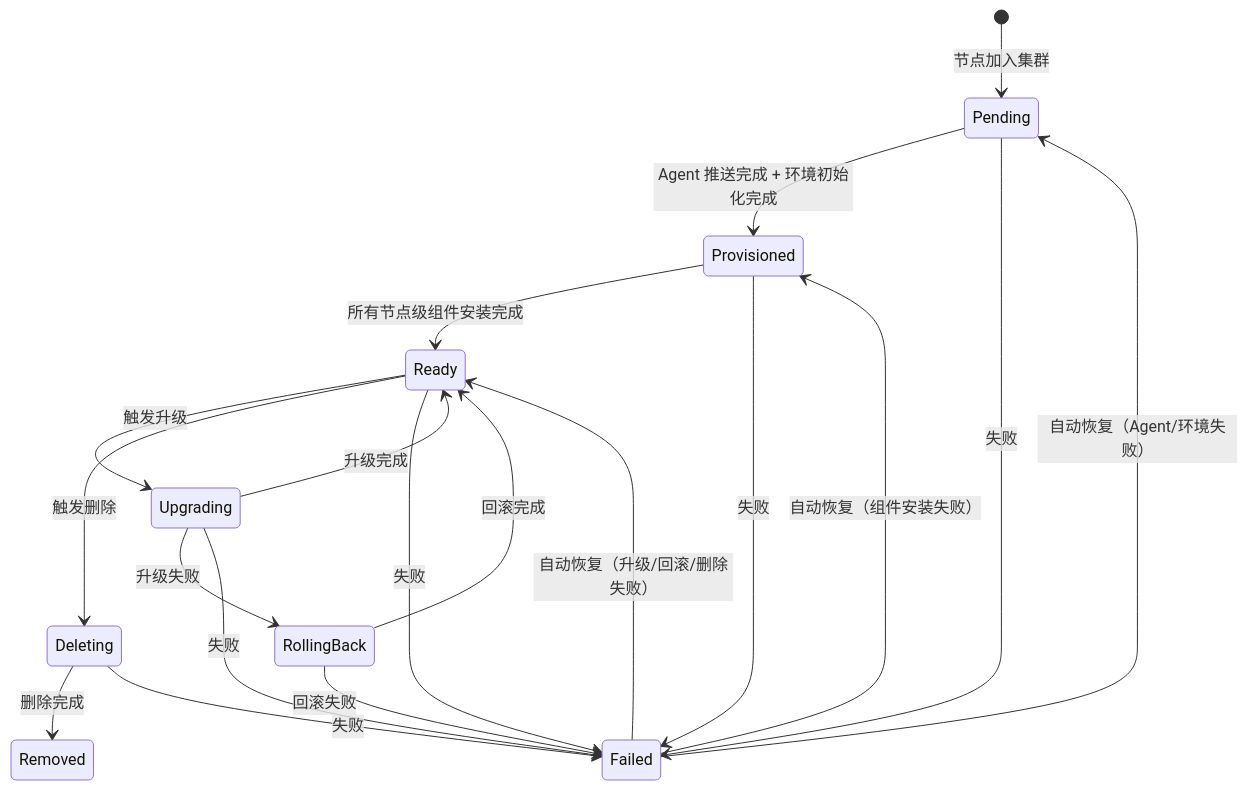
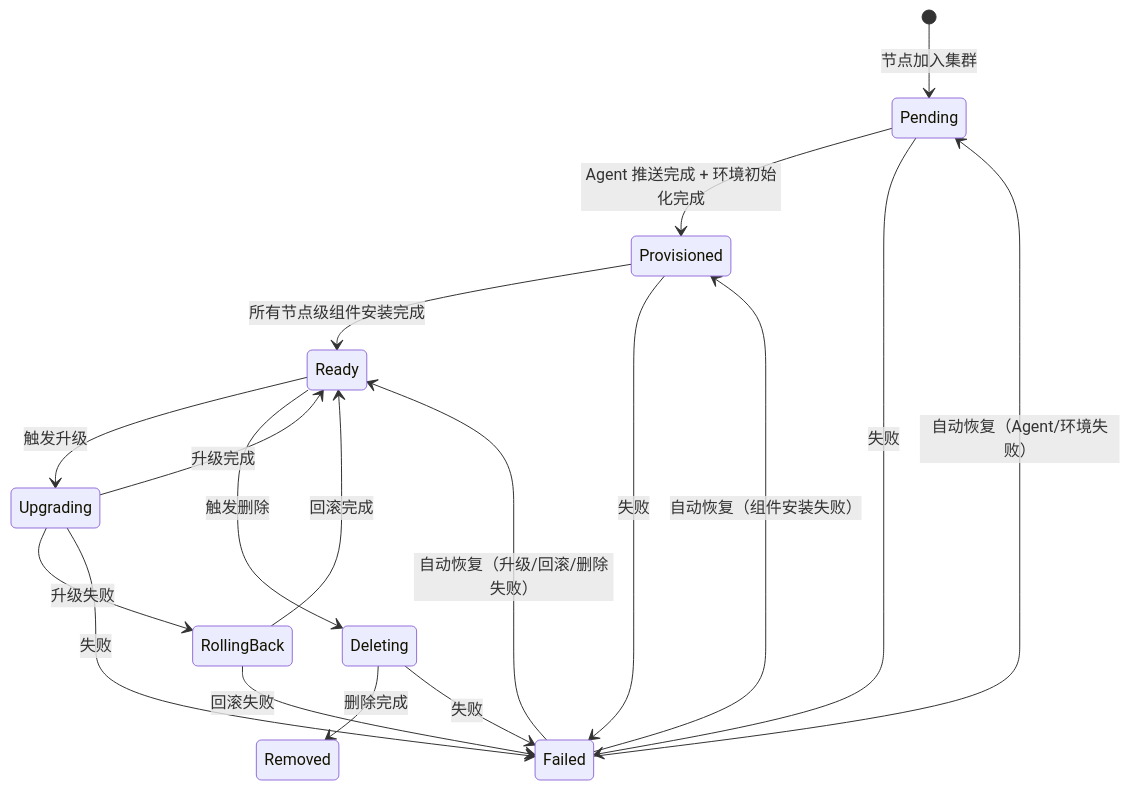
The second of 3 diagrams in code/kep/kep6/kep6-state-machine-v3.md (javadoors/cluster-api-provider-bke), drawn with Mermaid before and after one commit. The commit also changed other lines of this file, not shown here.

Commit message:
docs: remove Ready->Failed transition, clarify runtime failure handling

````diff
--- a/code/kep/kep6/kep6-state-machine-v3.md
+++ b/code/kep/kep6/kep6-state-machine-v3.md
@@ -600,28 +603,27 @@
 ```mermaid
 stateDiagram-v2
     [*] --> Pending : 节点加入集群
     
     Pending --> Provisioned : Agent 推送完成 + 环境初始化完成
     Pending --> Failed : 失败
     
     Provisioned --> Ready : 所有节点级组件安装完成
     Provisioned --> Failed : 失败
     
     Ready --> Upgrading : 触发升级
     Ready --> Deleting : 触发删除
-    Ready --> Failed : 失败
     
     Upgrading --> Ready : 升级完成
     Upgrading --> RollingBack : 升级失败
     Upgrading --> Failed : 失败
     
     RollingBack --> Ready : 回滚完成
     RollingBack --> Failed : 回滚失败
     
     Deleting --> Removed : 删除完成
     Deleting --> Failed : 失败
     
     Failed --> Pending : 自动恢复（Agent/环境失败）
     Failed --> Provisioned : 自动恢复（组件安装失败）
     Failed --> Ready : 自动恢复（升级/回滚/删除失败）
 ```
````
